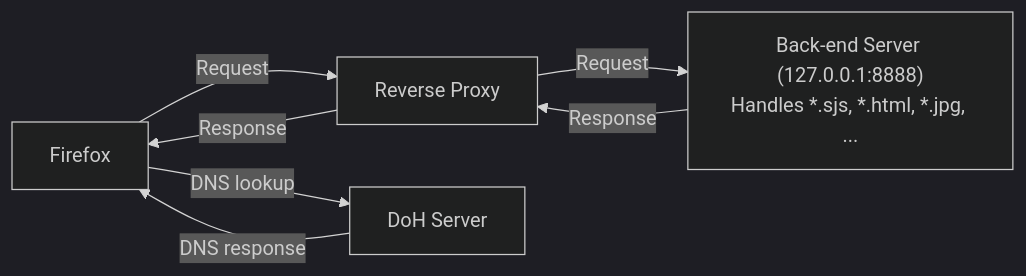
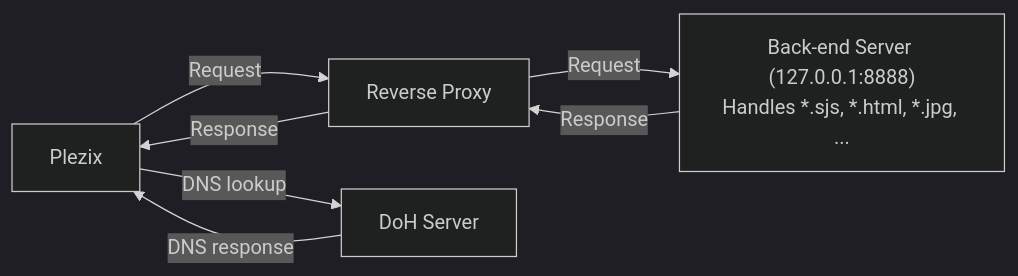
The second of 2 diagrams in netwerk/docs/mochitest_with_http3.md (yoncola1/Plezix), drawn with Mermaid (dark theme) before and after one commit. The commit also changed other lines of this file and 57780 other files, not shown here.

````diff
--- a/netwerk/docs/mochitest_with_http3.md
+++ b/netwerk/docs/mochitest_with_http3.md
@@ -22,9 +22,9 @@
 ```{mermaid}
 graph LR
-    A[Firefox] -->|Request| B[Reverse Proxy]
+    A[Plezix] -->|Request| B[Reverse Proxy]
     B -->|Request| C["Back-end Server (127.0.0.1:8888)<br/>Handles *.sjs, *.html, *.jpg, ..."]
     C -->|Response| B
     B -->|Response| A
     A -->|DNS lookup| D[DoH Server]
     D -->|DNS response| A
 ```
````
